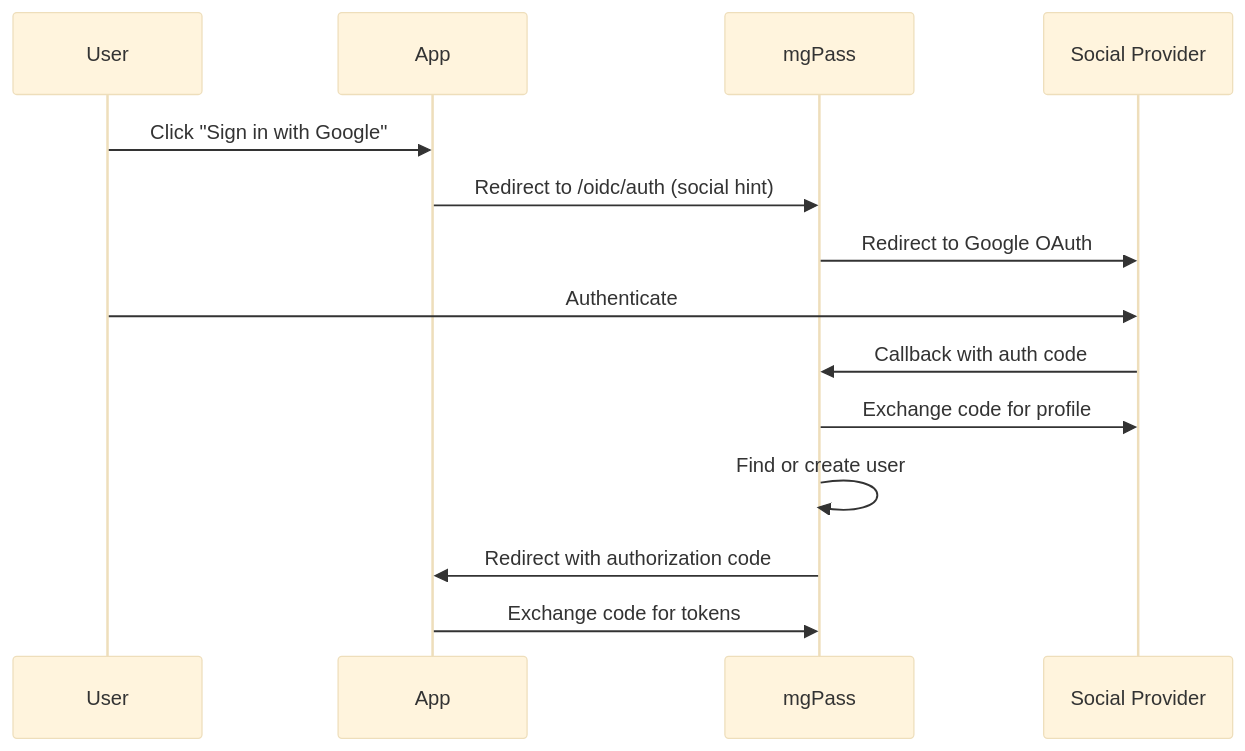
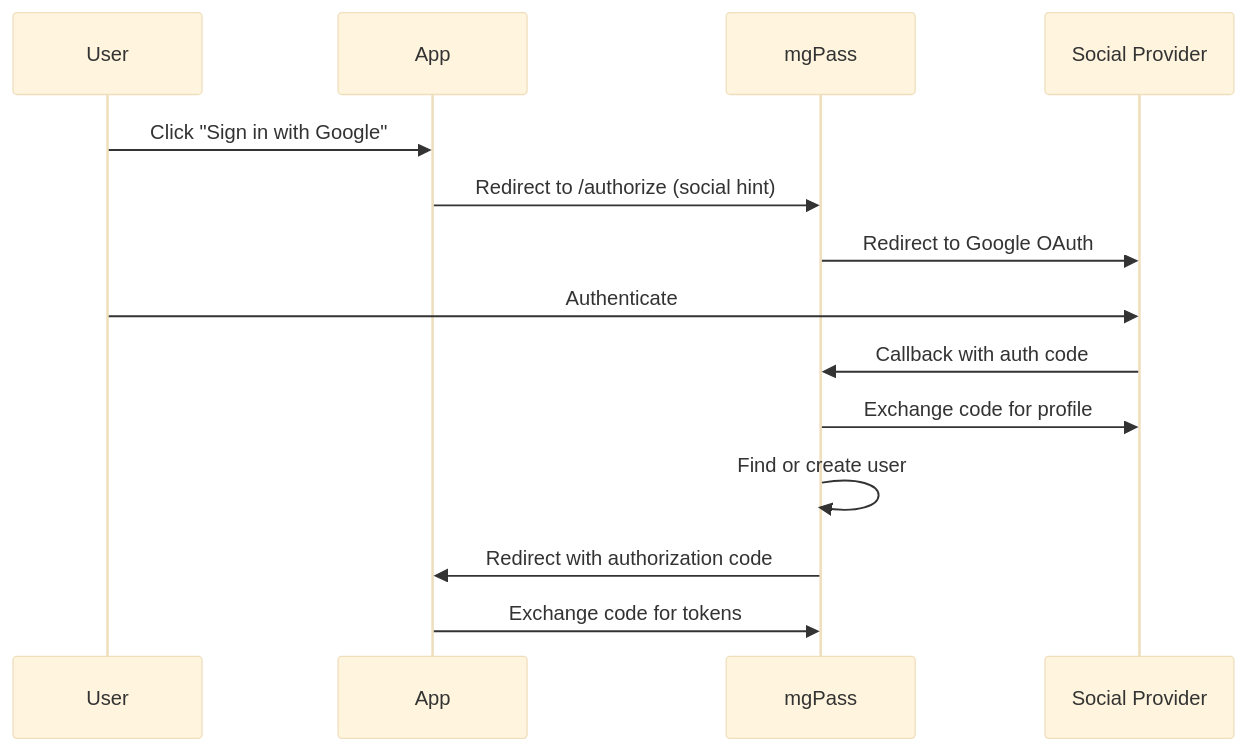
Before and after one commit to mgdmdev/docs: the diagram in guides/social-login.mdx, drawn with Mermaid (base theme). The commit also changed 3 other files, not shown here.

First line of the commit message:
docs: fix more legacy endpoints (/oidc/auth, /api/clients) + ES256 + refresh grace

````diff
--- a/guides/social-login.mdx
+++ b/guides/social-login.mdx
@@ -12,17 +12,17 @@
 ```mermaid
 sequenceDiagram
     participant User
     participant App
     participant mgPass
     participant Provider as Social Provider
 
     User->>App: Click "Sign in with Google"
-    App->>mgPass: Redirect to /oidc/auth (social hint)
+    App->>mgPass: Redirect to /authorize (social hint)
     mgPass->>Provider: Redirect to Google OAuth
     User->>Provider: Authenticate
     Provider->>mgPass: Callback with auth code
     mgPass->>Provider: Exchange code for profile
     mgPass->>mgPass: Find or create user
     mgPass->>App: Redirect with authorization code
     App->>mgPass: Exchange code for tokens
 ```
````
